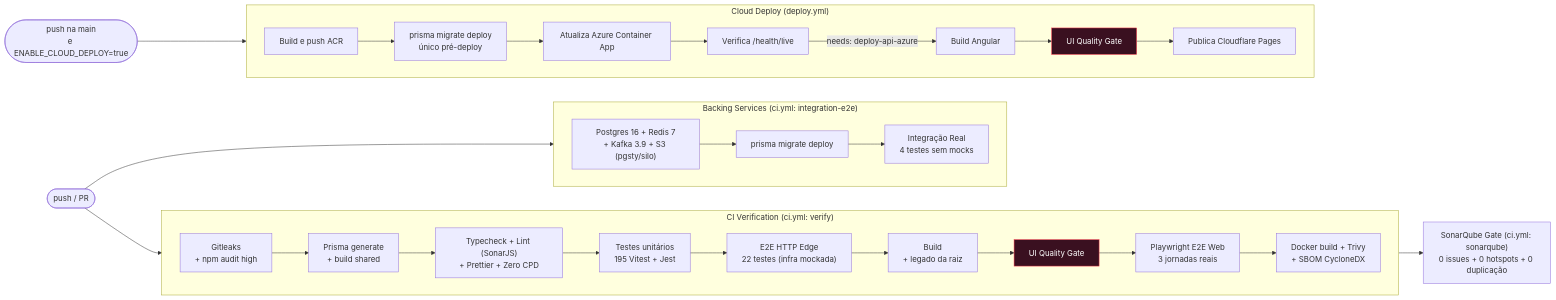
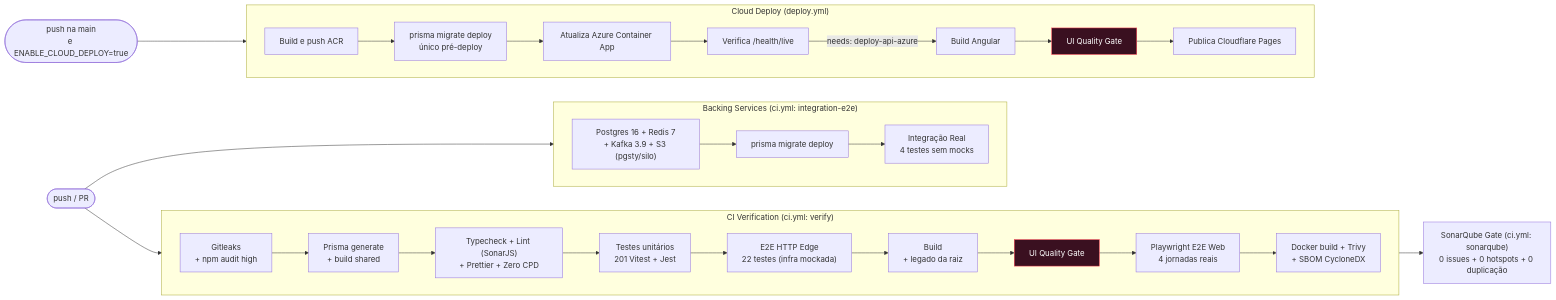
The eighth of 12 diagrams in README.md (Digooow/pokedex-frontend), drawn with Mermaid before and after one commit. The commit also changed other lines of this file and 52 other files, not shown here.

````diff
--- a/README.md
+++ b/README.md
@@ -483,34 +484,34 @@
 ```mermaid
 flowchart LR
   push(["push / PR"]) --> v
   push --> integ
 
   subgraph v["CI Verification (ci.yml: verify)"]
     direction LR
     s0["Gitleaks<br/>+ npm audit high"] --> s1["Prisma generate<br/>+ build shared"] --> s2["Typecheck + Lint (SonarJS)<br/>+ Prettier + Zero CPD"]
-    s2 --> s4["Testes unitários<br/>195 Vitest + Jest"]
+    s2 --> s4["Testes unitários<br/>201 Vitest + Jest"]
     s4 --> s5["E2E HTTP Edge<br/>22 testes (infra mockada)"]
     s5 --> s6["Build<br/>+ legado da raiz"]
     s6 --> s7["UI Quality Gate"]
-    s7 --> s7b["Playwright E2E Web<br/>3 jornadas reais"]
+    s7 --> s7b["Playwright E2E Web<br/>4 jornadas reais"]
     s7b --> s8["Docker build + Trivy<br/>+ SBOM CycloneDX"]
   end
 
   v --> sq["SonarQube Gate (ci.yml: sonarqube)<br/>0 issues + 0 hotspots + 0 duplicação"]
 
   subgraph integ["Backing Services (ci.yml: integration-e2e)"]
     direction LR
     i1["Postgres 16 + Redis 7<br/>+ Kafka 3.9 + S3 (pgsty/silo)"] --> i2["prisma migrate deploy"] --> i3["Integração Real<br/>4 testes sem mocks"]
   end
 
   push2(["push na main<br/>e ENABLE_CLOUD_DEPLOY=true"]) --> d
 
   subgraph d["Cloud Deploy (deploy.yml)"]
     direction LR
     a1["Build e push ACR"] --> a1b["prisma migrate deploy<br/>único pré-deploy"] --> a2["Atualiza Azure Container App"] --> a3["Verifica /health/live"]
     a3 -->|"needs: deploy-api-azure"| b1["Build Angular"] --> b2["UI Quality Gate"] --> b3["Publica Cloudflare Pages"]
   end
 
   classDef gate fill:#3a1020,stroke:#ff3b4e,color:#fff
   class s7,b2 gate
 ```
````
